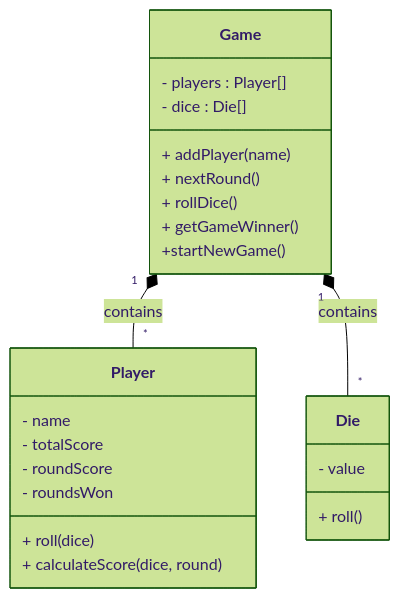
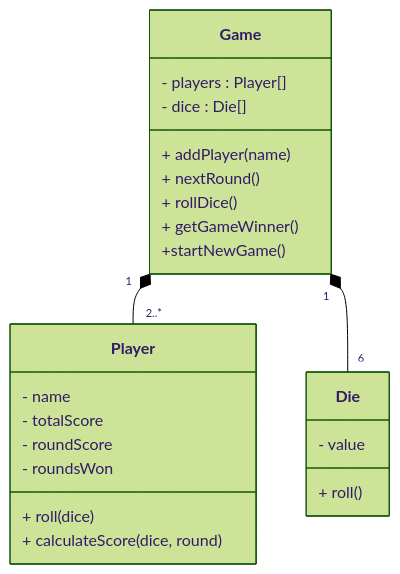
Before and after one commit to LCC-CIT/CS233JS-CourseMaterials: the diagram in LectureNotes/CS233JS-LN-W03-D1B-UMLClassDiagram.md, drawn with Mermaid (forest theme). The commit also changed other lines of this file and 1 other file, not shown here.

````diff
--- a/LectureNotes/CS233JS-LN-W03-D1B-UMLClassDiagram.md
+++ b/LectureNotes/CS233JS-LN-W03-D1B-UMLClassDiagram.md
@@ -69,26 +71,26 @@
 ```mermaid
 classDiagram
     class Player {
         - name
         - totalScore
         - roundScore
         - roundsWon
         + roll(dice)
         + calculateScore(dice, round)
     }
     class Die {
         - value
         + roll()
     }
     class Game {
         - players : Player[]
         - dice : Die[]
         + addPlayer(name)
         + nextRound()
         + rollDice()
         + getGameWinner()
         +startNewGame()
     }
-    Game "1" *-- "*" Player : contains
-    Game "1" *-- "*" Die : contains
+    Game "1" *-- "2..*" Player
+    Game "1" *-- "6" Die
 ```
````
